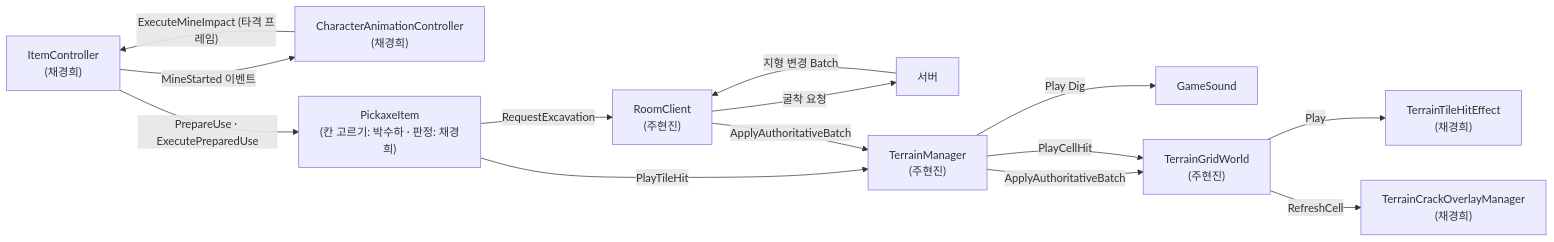
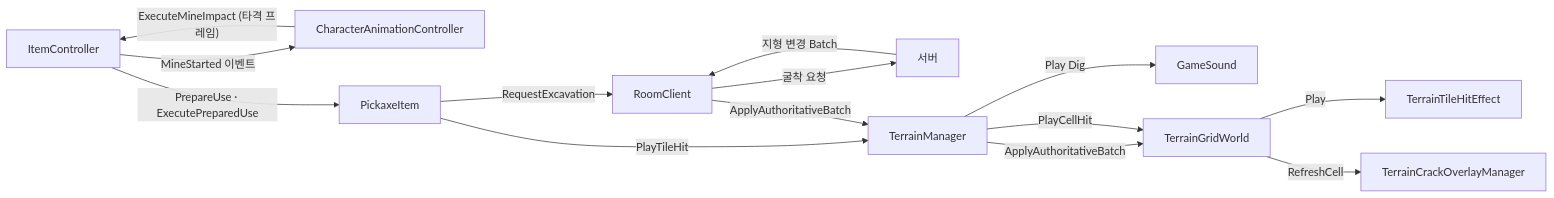
Before and after one commit to ashadeveloperr/ashadeveloperr.github.io: the third of 9 diagrams in src/1-folk-sack/기술문서.md, drawn with Mermaid. The commit also changed other lines of this file and 6 other files, not shown here.

````diff
--- a/src/1-folk-sack/기술문서.md
+++ b/src/1-folk-sack/기술문서.md
@@ -159,16 +177,16 @@
 ```mermaid
 flowchart LR
-  IC["ItemController<br/>(채경희)"] -->|"MineStarted 이벤트"| CAC["CharacterAnimationController<br/>(채경희)"]
+  IC["ItemController"] -->|"MineStarted 이벤트"| CAC["CharacterAnimationController"]
   CAC -->|"ExecuteMineImpact (타격 프레임)"| IC
-  IC -->|"PrepareUse · ExecutePreparedUse"| PI["PickaxeItem<br/>(칸 고르기: 박수하 · 판정: 채경희)"]
-  PI -->|"RequestExcavation"| RC["RoomClient<br/>(주현진)"]
+  IC -->|"PrepareUse · ExecutePreparedUse"| PI["PickaxeItem"]
+  PI -->|"RequestExcavation"| RC["RoomClient"]
   RC -->|"굴착 요청"| SV["서버"]
   SV -->|"지형 변경 Batch"| RC
-  PI -->|"PlayTileHit"| TM["TerrainManager<br/>(주현진)"]
+  PI -->|"PlayTileHit"| TM["TerrainManager"]
   RC -->|"ApplyAuthoritativeBatch"| TM
   TM -->|"Play Dig"| GS["GameSound"]
-  TM -->|"ApplyAuthoritativeBatch"| TGW["TerrainGridWorld<br/>(주현진)"]
+  TM -->|"ApplyAuthoritativeBatch"| TGW["TerrainGridWorld"]
   TM -->|"PlayCellHit"| TGW
-  TGW -->|"Play"| THE["TerrainTileHitEffect<br/>(채경희)"]
-  TGW -->|"RefreshCell"| TCO["TerrainCrackOverlayManager<br/>(채경희)"]
+  TGW -->|"Play"| THE["TerrainTileHitEffect"]
+  TGW -->|"RefreshCell"| TCO["TerrainCrackOverlayManager"]
 ```
````
